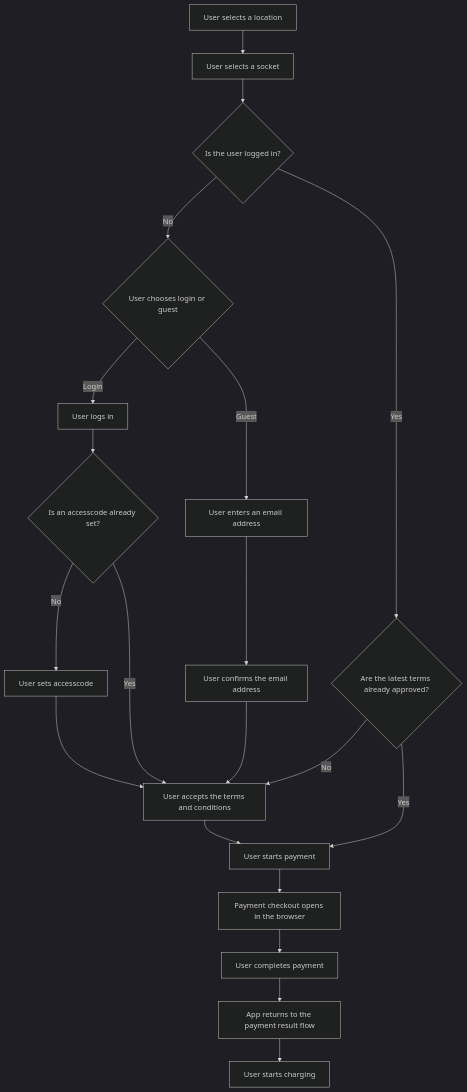
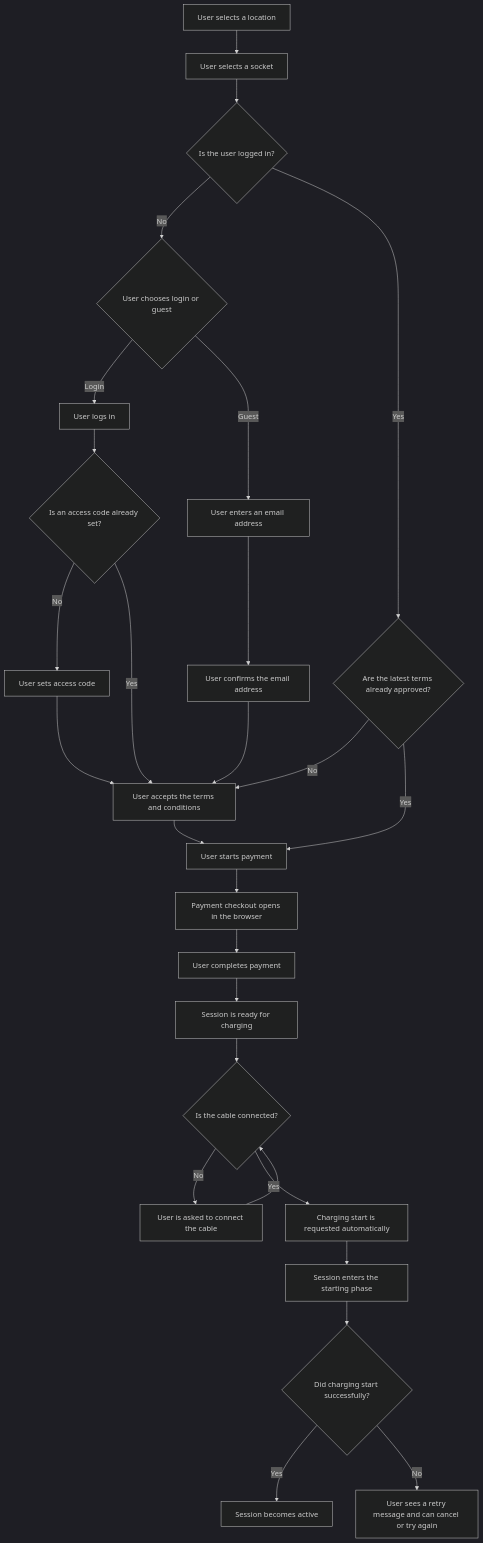
One commit to Amsterdam/aapp_app_mobile changed the diagram in .docs/modules/boat-charging.md. Above: the diagram before and after it, drawn with Mermaid (dark theme). The commit also changed other lines of this file and 10 other files, not shown here.

Commit message:
Boat-charging: new start and stop flow

````diff
--- a/.docs/modules/boat-charging.md
+++ b/.docs/modules/boat-charging.md
@@ -16,22 +24,29 @@
 ```mermaid
 flowchart TD
 A[User selects a location] --> B[User selects a socket]
 B --> C{Is the user logged in?}
 C -- No --> D{User chooses login or guest}
 D -- Login --> E[User logs in]
 D -- Guest --> F[User enters an email address]
 F --> G[User confirms the email address]
 G --> H[User accepts the terms and conditions]
-E --> I{Is an accesscode already set?}
-I -- No --> J[User sets accesscode]
+E --> I{Is an access code already set?}
+I -- No --> J[User sets access code]
 I -- Yes --> H
 J --> H
 C -- Yes --> K{Are the latest terms already approved?}
 K -- No --> H
 K -- Yes --> L[User starts payment]
 H --> L
 L --> M[Payment checkout opens in the browser]
 M --> N[User completes payment]
-N --> O[App returns to the payment result flow]
-O --> P[User starts charging]
+N --> O[Session is ready for charging]
+O --> P{Is the cable connected?}
+P -- No --> Q[User is asked to connect the cable]
+Q --> P
+P -- Yes --> R[Charging start is requested automatically]
+R --> S[Session enters the starting phase]
+S --> T{Did charging start successfully?}
+T -- Yes --> U[Session becomes active]
+T -- No --> V[User sees a retry message and can cancel or try again]
 ```
````
